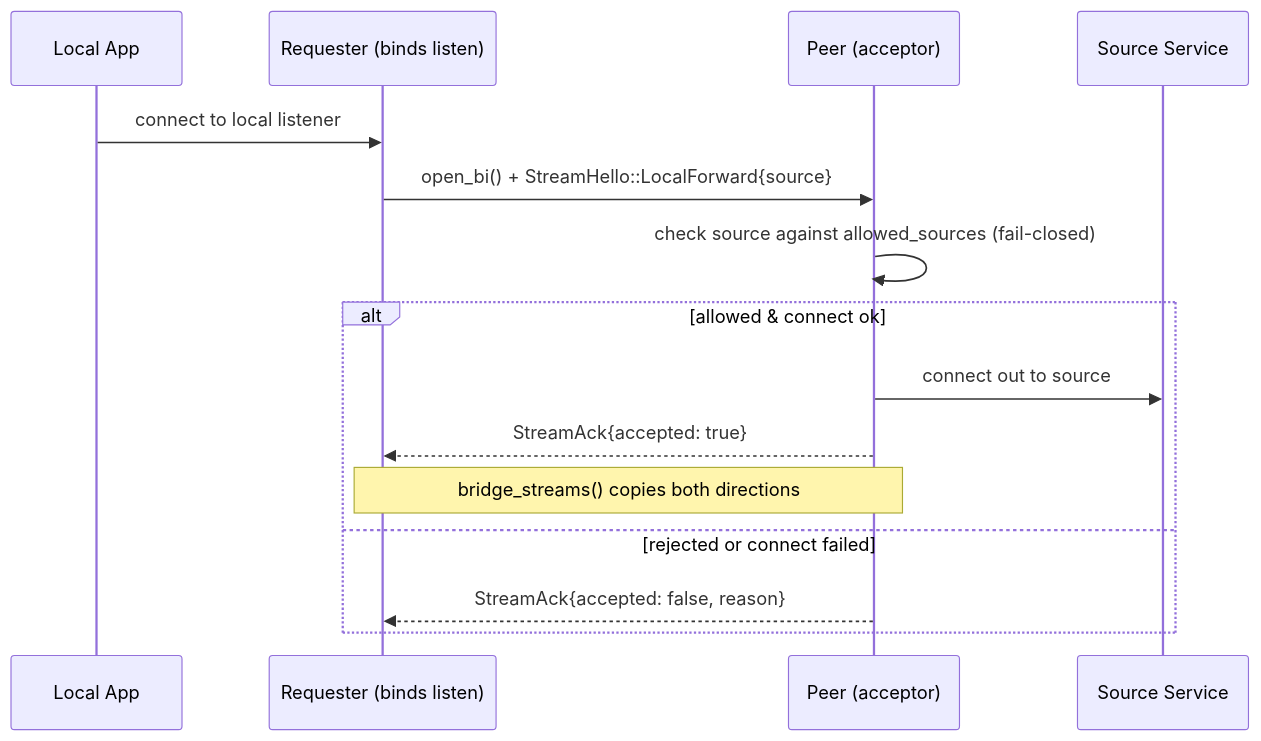
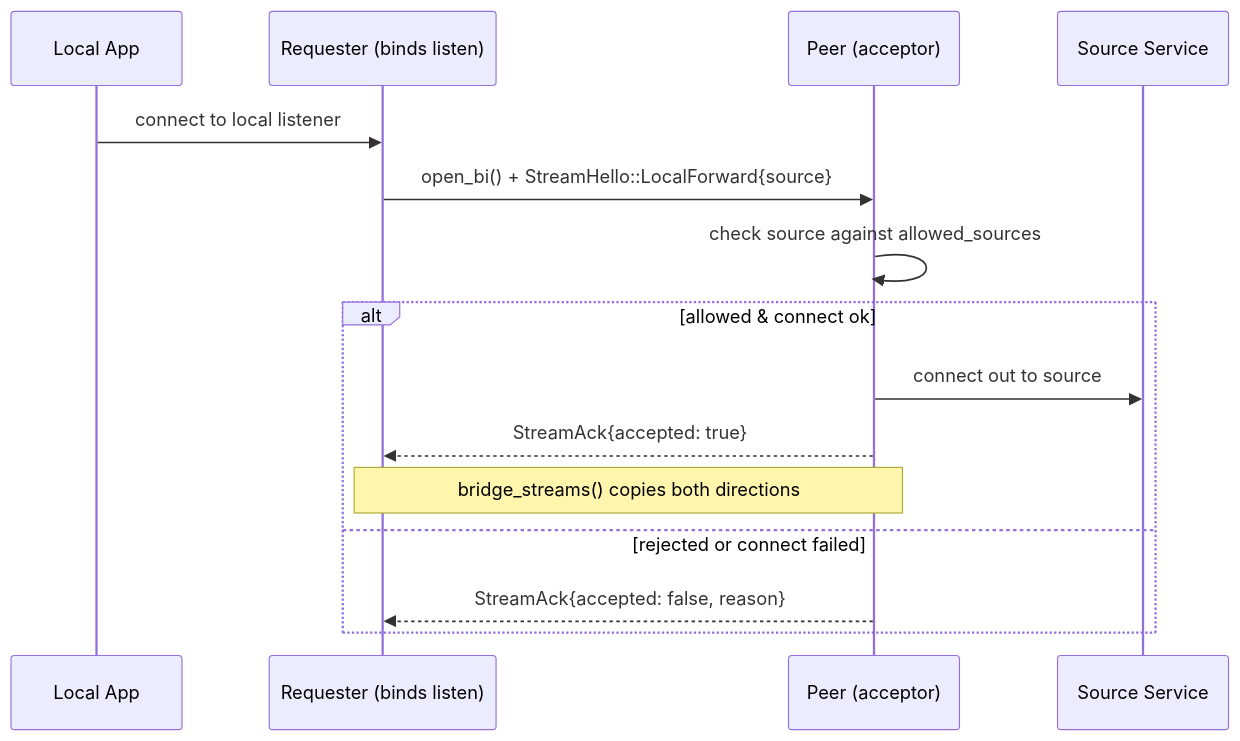
Before and after one commit to andrewtheguy/duopipe: the eighth of 24 diagrams in docs/ARCHITECTURE.md, drawn with Mermaid. The commit also changed other lines of this file and 10 other files, not shown here.

````diff
--- a/docs/ARCHITECTURE.md
+++ b/docs/ARCHITECTURE.md
@@ -284,18 +284,18 @@
 ```mermaid
 sequenceDiagram
     participant App as Local App
     participant O as Requester (binds listen)
     participant P as Peer (acceptor)
     participant T as Source Service
 
     App->>O: connect to local listener
     O->>P: open_bi() + StreamHello::LocalForward{source}
-    P->>P: check source against allowed_sources (fail-closed)
+    P->>P: check source against allowed_sources
     alt allowed & connect ok
         P->>T: connect out to source
         P-->>O: StreamAck{accepted: true}
         Note over O,P: bridge_streams() copies both directions
     else rejected or connect failed
         P-->>O: StreamAck{accepted: false, reason}
     end
 ```
````
